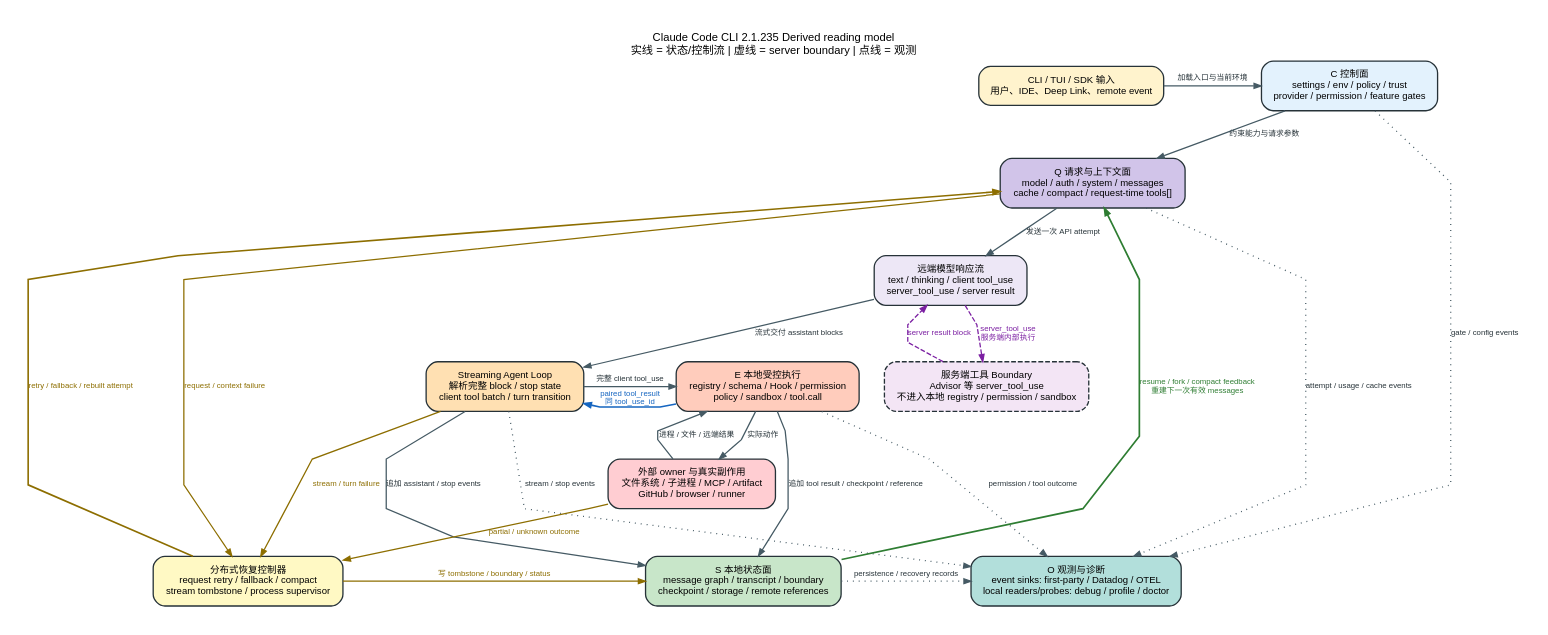
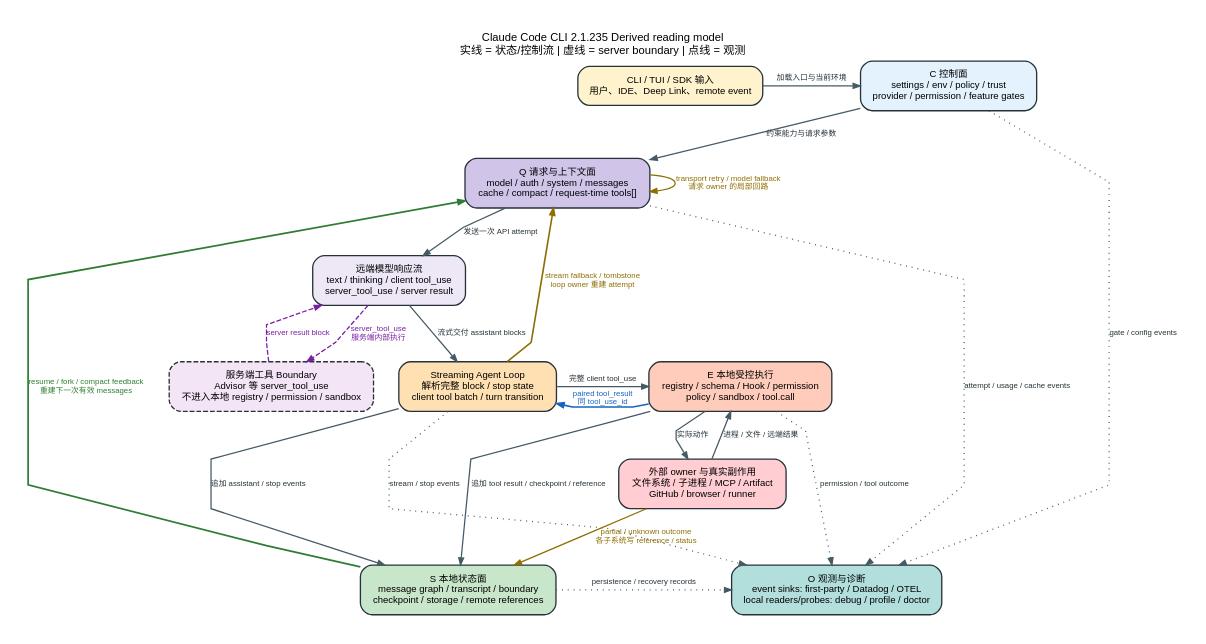
The diagram in analysis/visuals/product-surface-runtime-planes.dot (SwallOwDili/claudecodecli-sourcecode), drawn with Graphviz before and after one commit. The commit also changed 46 other files, not shown here.

```diff
--- a/analysis/visuals/product-surface-runtime-planes.dot
+++ b/analysis/visuals/product-surface-runtime-planes.dot
@@ -1,47 +1,44 @@
 digraph product_surface_runtime_planes {
   graph [rankdir=TB, bgcolor="#ffffff", pad="0.30", nodesep="0.36", ranksep="0.56", splines=polyline, fontname="Arial, PingFang SC, Microsoft YaHei", label="Claude Code CLI 2.1.235 Derived reading model\n实线 = 状态/控制流 | 虚线 = server boundary | 点线 = 观测", labelloc="t", fontsize=11.5];
   node [shape=box, style="rounded,filled", color="#263238", penwidth=1.35, margin="0.17,0.12", fontname="Arial, PingFang SC, Microsoft YaHei", fontsize=9.8];
   edge [color="#455a64", penwidth=1.30, arrowsize=0.72, fontname="Arial, PingFang SC, Microsoft YaHei", fontsize=8.0, fontcolor="#263238"];
 
   input [label="CLI / TUI / SDK 输入\n用户、IDE、Deep Link、remote event", fillcolor="#fff3cd"];
   control [label="C 控制面\nsettings / env / policy / trust\nprovider / permission / feature gates", fillcolor="#e3f2fd"];
   request [label="Q 请求与上下文面\nmodel / auth / system / messages\ncache / compact / request-time tools[]", fillcolor="#d1c4e9"];
   remote [label="远端模型响应流\ntext / thinking / client tool_use\nserver_tool_use / server result", fillcolor="#ede7f6"];
   loop [label="Streaming Agent Loop\n解析完整 block / stop state\nclient tool batch / turn transition", fillcolor="#ffe0b2"];
   execute [label="E 本地受控执行\nregistry / schema / Hook / permission\npolicy / sandbox / tool.call", fillcolor="#ffccbc"];
   server_tools [label="服务端工具 Boundary\nAdvisor 等 server_tool_use\n不进入本地 registry / permission / sandbox", fillcolor="#f3e5f5", style="rounded,filled,dashed"];
   effects [label="外部 owner 与真实副作用\n文件系统 / 子进程 / MCP / Artifact\nGitHub / browser / runner", fillcolor="#ffcdd2"];
   state [label="S 本地状态面\nmessage graph / transcript / boundary\ncheckpoint / storage / remote references", fillcolor="#c8e6c9"];
-  recovery [label="分布式恢复控制器\nrequest retry / fallback / compact\nstream tombstone / process supervisor", fillcolor="#fff9c4"];
   observe [label="O 观测与诊断\nevent sinks: first-party / Datadog / OTEL\nlocal readers/probes: debug / profile / doctor", fillcolor="#b2dfdb"];
 
   { rank=same; input; control; }
   { rank=same; loop; execute; server_tools; }
-  { rank=same; state; recovery; observe; }
+  { rank=same; state; observe; }
 
   input -> control [label="加载入口与当前环境"];
   control -> request [label="约束能力与请求参数"];
   state -> request [label="resume / fork / compact feedback\n重建下一次有效 messages", color="#2e7d32", fontcolor="#2e7d32", penwidth=1.75];
   request -> remote [label="发送一次 API attempt"];
   remote -> loop [label="流式交付 assistant blocks"];
   remote -> server_tools [label="server_tool_use\n服务端内部执行", style=dashed, color="#7b1fa2", fontcolor="#7b1fa2"];
   server_tools -> remote [label="server result block", style=dashed, color="#7b1fa2", fontcolor="#7b1fa2"];
   loop -> execute [label="完整 client tool_use"];
   execute -> loop [label="paired tool_result\n同 tool_use_id", color="#1565c0", fontcolor="#1565c0", penwidth=1.75];
   execute -> effects [label="实际动作"];
   effects -> execute [label="进程 / 文件 / 远端结果"];
   loop -> state [label="追加 assistant / stop events"];
   execute -> state [label="追加 tool result / checkpoint / reference"];
 
-  request -> recovery [label="request / context failure", color="#8d6e00", fontcolor="#8d6e00"];
-  loop -> recovery [label="stream / turn failure", color="#8d6e00", fontcolor="#8d6e00"];
-  effects -> recovery [label="partial / unknown outcome", color="#8d6e00", fontcolor="#8d6e00"];
-  recovery -> request [label="retry / fallback / rebuilt attempt", color="#8d6e00", fontcolor="#8d6e00", penwidth=1.65];
-  recovery -> state [label="写 tombstone / boundary / status", color="#8d6e00", fontcolor="#8d6e00"];
+  request -> request [label="transport retry / model fallback\n请求 owner 的局部回路", color="#8d6e00", fontcolor="#8d6e00"];
+  loop -> request [label="stream fallback / tombstone\nloop owner 重建 attempt", color="#8d6e00", fontcolor="#8d6e00", penwidth=1.65];
+  effects -> state [label="partial / unknown outcome\n各子系统写 reference / status", color="#8d6e00", fontcolor="#8d6e00"];
 
   control -> observe [label="gate / config events", style=dotted];
   request -> observe [label="attempt / usage / cache events", style=dotted];
   loop -> observe [label="stream / stop events", style=dotted];
   execute -> observe [label="permission / tool outcome", style=dotted];
   state -> observe [label="persistence / recovery records", style=dotted];
 }
```
